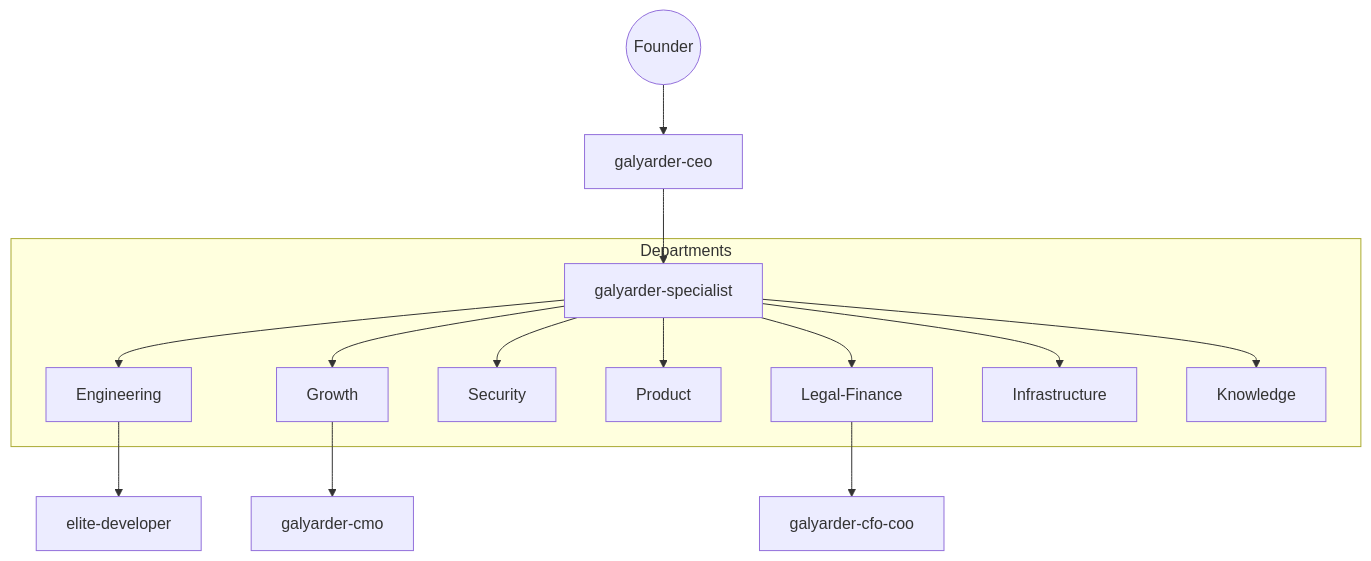
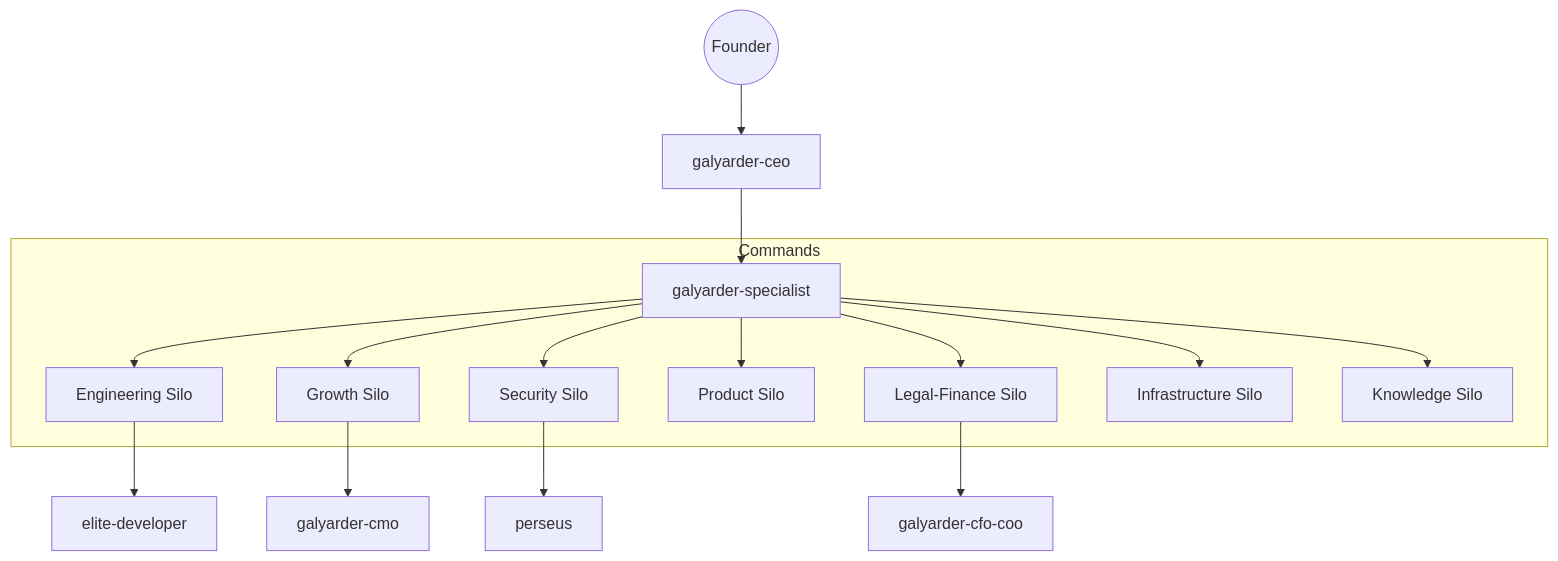
One commit to galyarderlabs/galyarder-framework changed the diagram in docs/index.md. Above: the diagram before and after it, drawn with Mermaid. The commit also changed other lines of this file and 2 other files, not shown here.

````diff
--- a/docs/index.md
+++ b/docs/index.md
@@ -13,19 +13,20 @@
 ```mermaid
 graph TD
     Founder((Founder)) --> CEO[galyarder-ceo]
     CEO --> Orchestrator[galyarder-specialist]
     
-    subgraph Departments
-        Orchestrator --> Engineering
-        Orchestrator --> Growth
-        Orchestrator --> Security
-        Orchestrator --> Product
-        Orchestrator --> Legal[Legal-Finance]
-        Orchestrator --> Infrastructure
-        Orchestrator --> Knowledge
+    subgraph Commands
+        Orchestrator --> Engineering[Engineering Silo]
+        Orchestrator --> Growth[Growth Silo]
+        Orchestrator --> Security[Security Silo]
+        Orchestrator --> Product[Product Silo]
+        Orchestrator --> Legal[Legal-Finance Silo]
+        Orchestrator --> Infrastructure[Infrastructure Silo]
+        Orchestrator --> Knowledge[Knowledge Silo]
     end
 
     Engineering --> Elite[elite-developer]
     Growth --> CMO[galyarder-cmo]
     Legal --> CFO[galyarder-cfo-coo]
+    Security --> Pers[perseus]
 ```
````
